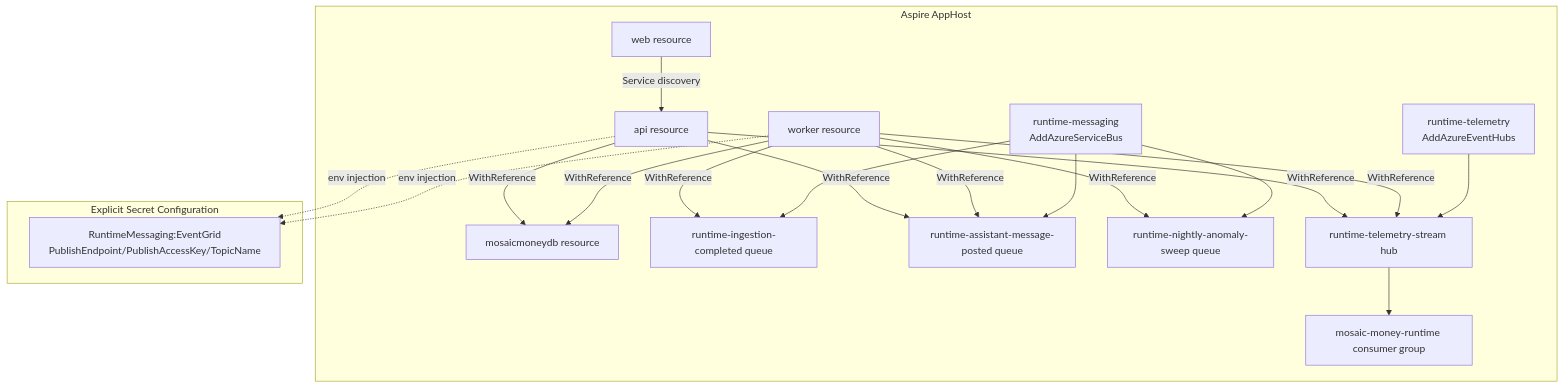
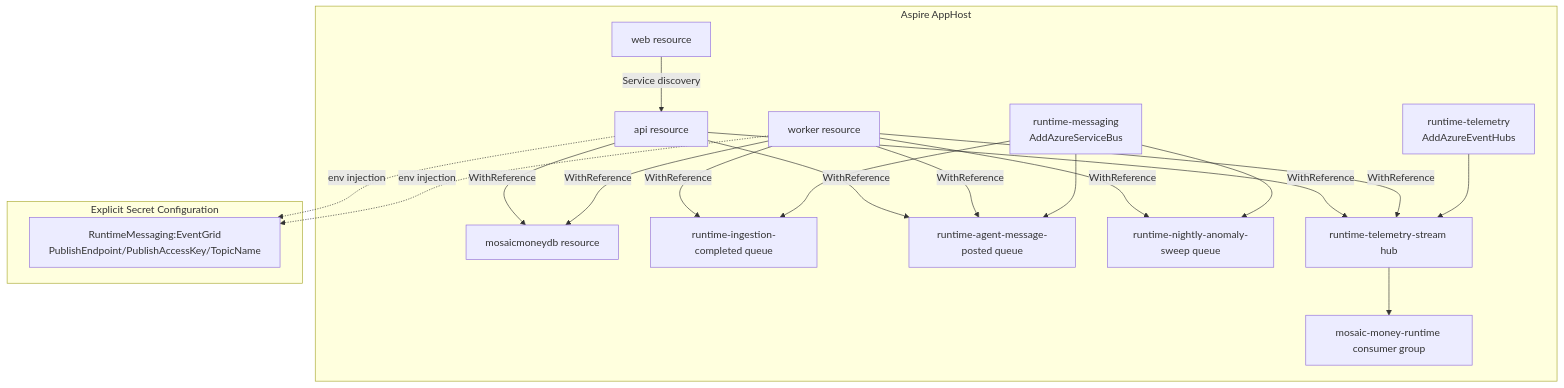
The second of 4 diagrams in docs/architecture/master-platform-architecture.md (ChrisMcKee1/Mosaic-Money), drawn with Mermaid before and after one commit. The commit also changed 39 other files, not shown here.

````diff
--- a/docs/architecture/master-platform-architecture.md
+++ b/docs/architecture/master-platform-architecture.md
@@ -99,44 +99,44 @@
 ```mermaid
 flowchart TB
     subgraph AppHost[Aspire AppHost]
         APIR[api resource]
         WRKR[worker resource]
         WEBR[web resource]
 
         DBR[mosaicmoneydb resource]
         SBR[runtime-messaging\nAddAzureServiceBus]
         EHR[runtime-telemetry\nAddAzureEventHubs]
 
         Q1[runtime-ingestion-completed queue]
-        Q2[runtime-assistant-message-posted queue]
+        Q2[runtime-agent-message-posted queue]
         Q3[runtime-nightly-anomaly-sweep queue]
 
         HUB[runtime-telemetry-stream hub]
         CG[mosaic-money-runtime consumer group]
 
         APIR -->|WithReference| DBR
         WRKR -->|WithReference| DBR
         WEBR -->|Service discovery| APIR
 
         APIR -->|WithReference| Q2
         APIR -->|WithReference| HUB
 
         WRKR -->|WithReference| Q1
         WRKR -->|WithReference| Q2
         WRKR -->|WithReference| Q3
         WRKR -->|WithReference| HUB
 
         SBR --> Q1
         SBR --> Q2
         SBR --> Q3
         EHR --> HUB
         HUB --> CG
     end
 
     subgraph ExplicitConfig[Explicit Secret Configuration]
         EGCFG[RuntimeMessaging:EventGrid\nPublishEndpoint/PublishAccessKey/TopicName]
     end
 
     APIR -.env injection.-> EGCFG
     WRKR -.env injection.-> EGCFG
 ```
````
